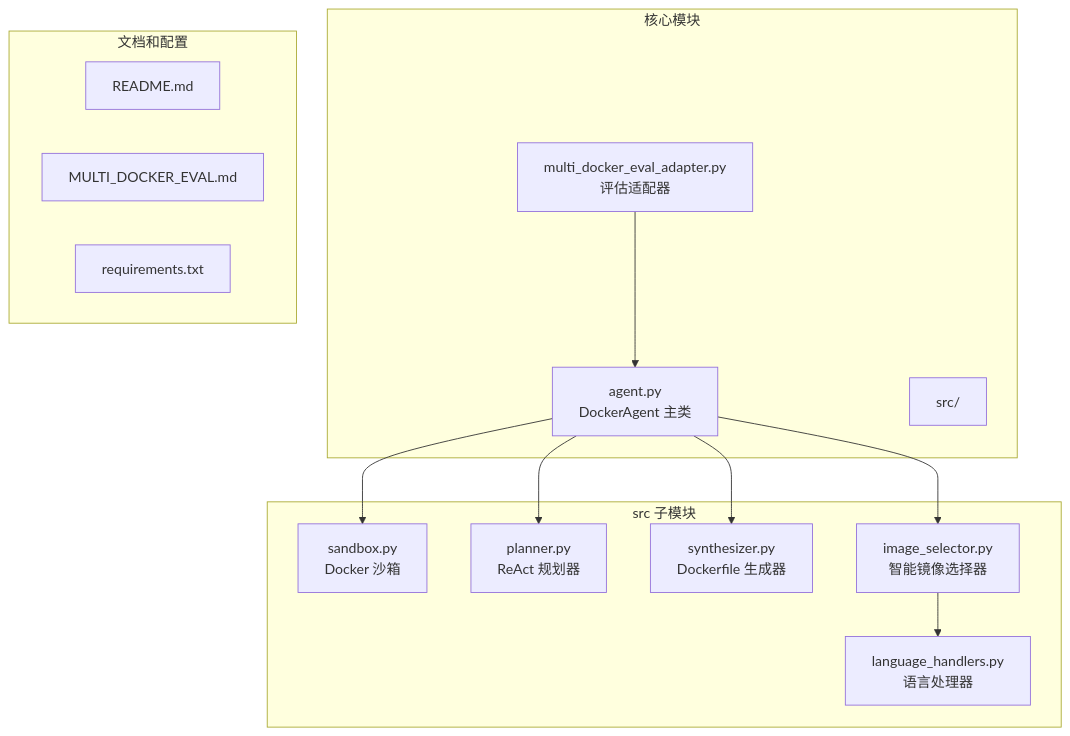
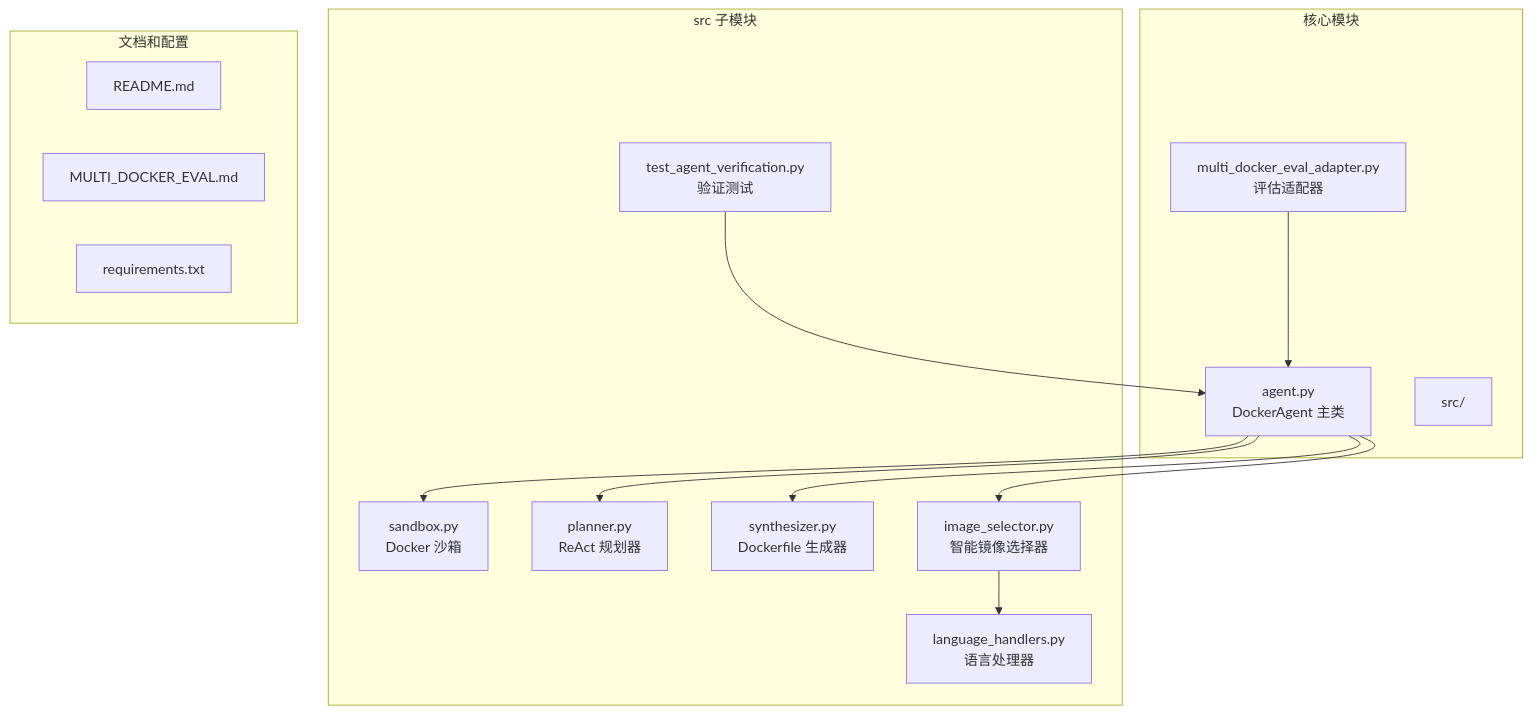
Before and after one commit to Jayint/Jayint-repo: the first of 12 diagrams in .qoder/repowiki/zh/content/核心组件/DockerAgent 主类/DockerAgent 主类.md, drawn with Mermaid. The commit also changed other lines of this file and 497 other files, not shown here.

````diff
--- a/.qoder/repowiki/zh/content/核心组件/DockerAgent 主类/DockerAgent 主类.md
+++ b/.qoder/repowiki/zh/content/核心组件/DockerAgent 主类/DockerAgent 主类.md
@@ -38,26 +49,28 @@
 ```mermaid
 graph TB
 subgraph "核心模块"
 A[agent.py<br/>DockerAgent 主类]
 B[src/]
 C[multi_docker_eval_adapter.py<br/>评估适配器]
 end
 subgraph "src 子模块"
 D[sandbox.py<br/>Docker 沙箱]
 E[planner.py<br/>ReAct 规划器]
 F[synthesizer.py<br/>Dockerfile 生成器]
 G[image_selector.py<br/>智能镜像选择器]
 H[language_handlers.py<br/>语言处理器]
+I[test_agent_verification.py<br/>验证测试]
 end
 subgraph "文档和配置"
-I[README.md]
-J[MULTI_DOCKER_EVAL.md]
-K[requirements.txt]
+J[README.md]
+K[MULTI_DOCKER_EVAL.md]
+L[requirements.txt]
 end
 A --> D
 A --> E
 A --> F
 A --> G
 G --> H
 C --> A
+I --> A
 ```
````
